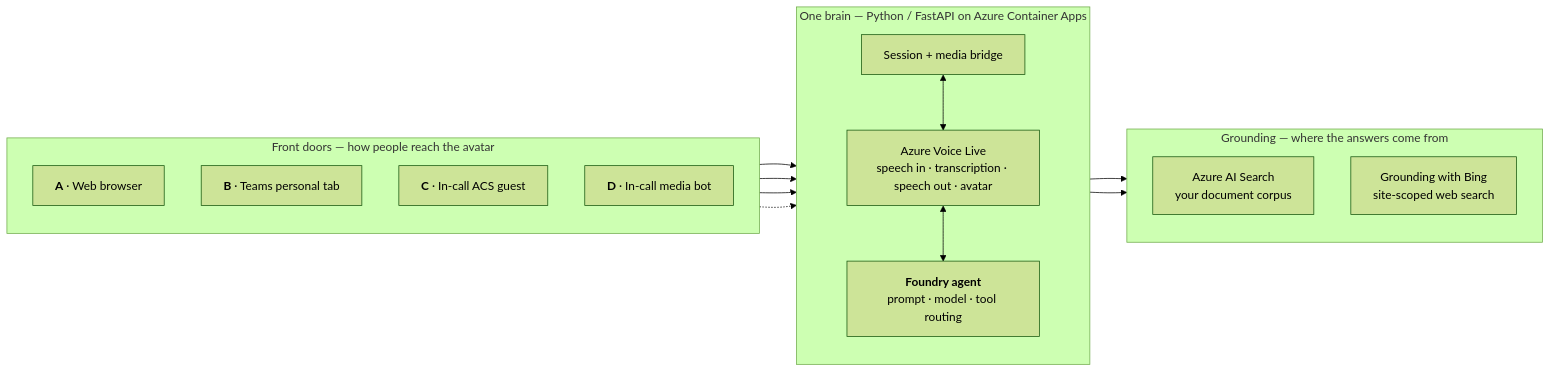
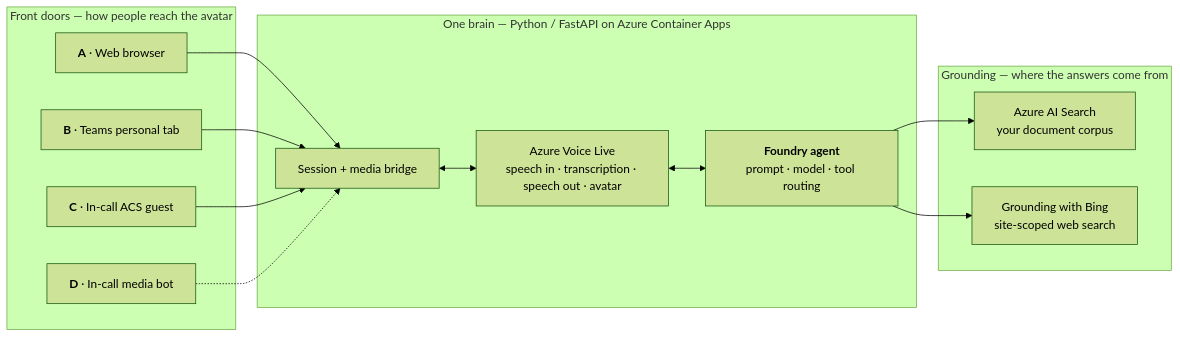
The first of 2 diagrams in README.md (SridharArrabelly/avatar-forge), drawn with Mermaid (forest theme) before and after one commit. The commit also changed other lines of this file, not shown here.

First paragraph of the commit message:
docs(readme): make the architecture diagrams legible on GitHub (#114)
The two README flowcharts rendered fine in VS Code but came out squashed
and unreadable on github.com. The cause is a renderer disagreement over
`direction TB` declared inside a `flowchart LR`.

````diff
--- a/README.md
+++ b/README.md
@@ -33,32 +33,29 @@
 ```mermaid
 flowchart LR
     subgraph Doors["Front doors — how people reach the avatar"]
-        direction TB
         A["<b>A</b> · Web browser"]
         B["<b>B</b> · Teams personal tab"]
         C["<b>C</b> · In-call ACS guest"]
         D["<b>D</b> · In-call media bot"]
     end
 
     subgraph Brain["One brain — Python / FastAPI on Azure Container Apps"]
-        direction TB
         API["Session + media bridge"]
         VL["Azure Voice Live<br/>speech in · transcription · speech out · avatar"]
         AG["<b>Foundry agent</b><br/>prompt · model · tool routing"]
         API <--> VL
         VL <--> AG
     end
 
     subgraph Ground["Grounding — where the answers come from"]
-        direction TB
         S["Azure AI Search<br/>your document corpus"]
         N["Grounding with Bing<br/>site-scoped web search"]
     end
 
     A --> API
     B --> API
     C --> API
     D -.-> API
     AG --> S
     AG --> N
 ```
````
